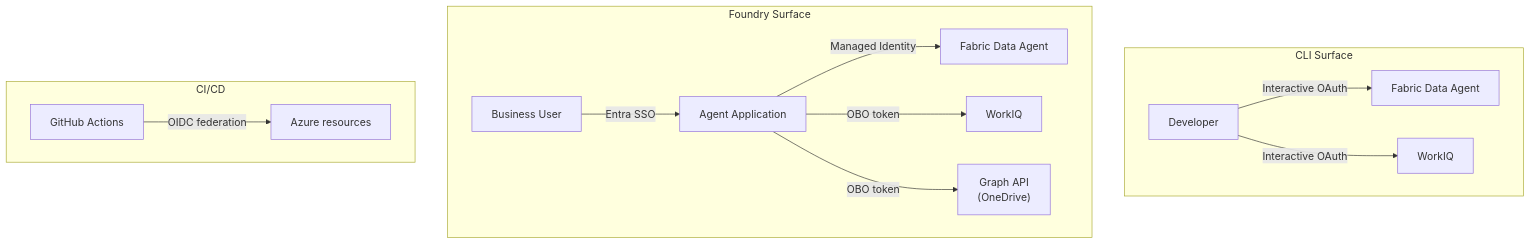
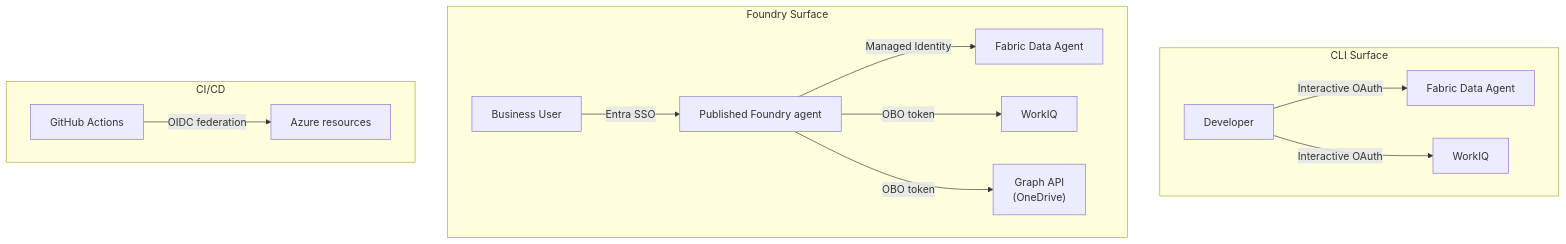
One commit to ericchansen/agent-demo-dev changed the diagram in website/docs/architecture/auth-patterns.md. Above: the diagram before and after it, drawn with Mermaid. The commit also changed 13 other files, not shown here.

````diff
--- a/website/docs/architecture/auth-patterns.md
+++ b/website/docs/architecture/auth-patterns.md
@@ -12,18 +12,18 @@
 ```mermaid
 flowchart TD
     subgraph CLI["CLI Surface"]
         CLI_User["Developer"] -->|Interactive OAuth| CLI_Fabric["Fabric Data Agent"]
         CLI_User -->|Interactive OAuth| CLI_WIQ["WorkIQ"]
     end
 
     subgraph Foundry["Foundry Surface"]
-        F_User["Business User"] -->|Entra SSO| F_App["Agent Application"]
+        F_User["Business User"] -->|Entra SSO| F_App["Published Foundry agent"]
         F_App -->|Managed Identity| F_Fabric["Fabric Data Agent"]
         F_App -->|OBO token| F_WIQ["WorkIQ"]
         F_App -->|OBO token| F_Graph["Graph API\n(OneDrive)"]
     end
 
     subgraph CI["CI/CD"]
         GH["GitHub Actions"] -->|OIDC federation| Azure["Azure resources"]
     end
 ```
````
